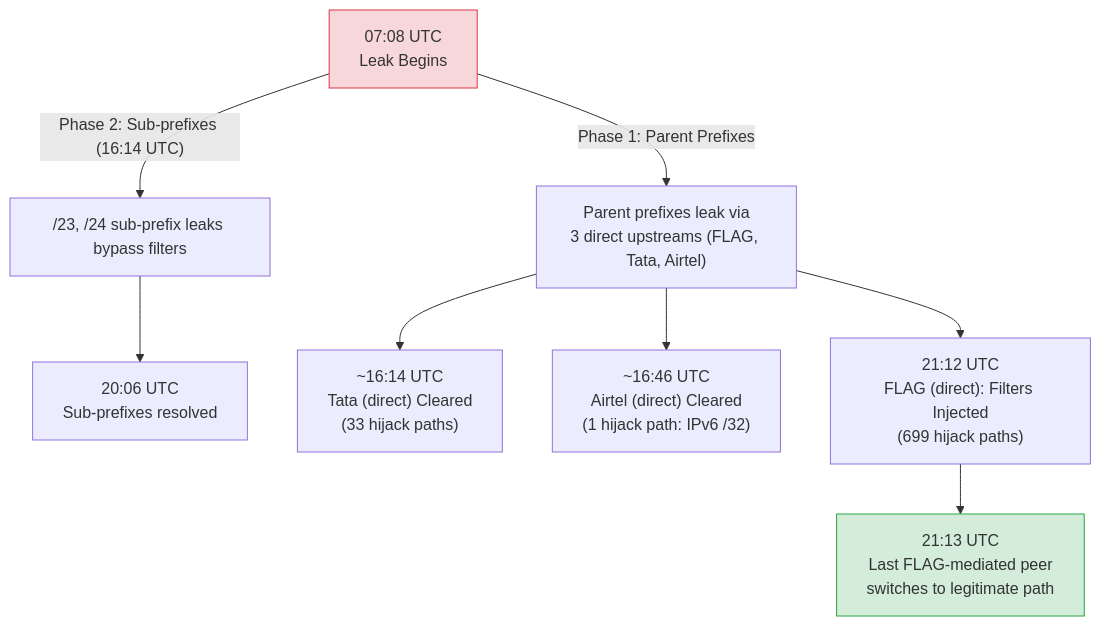
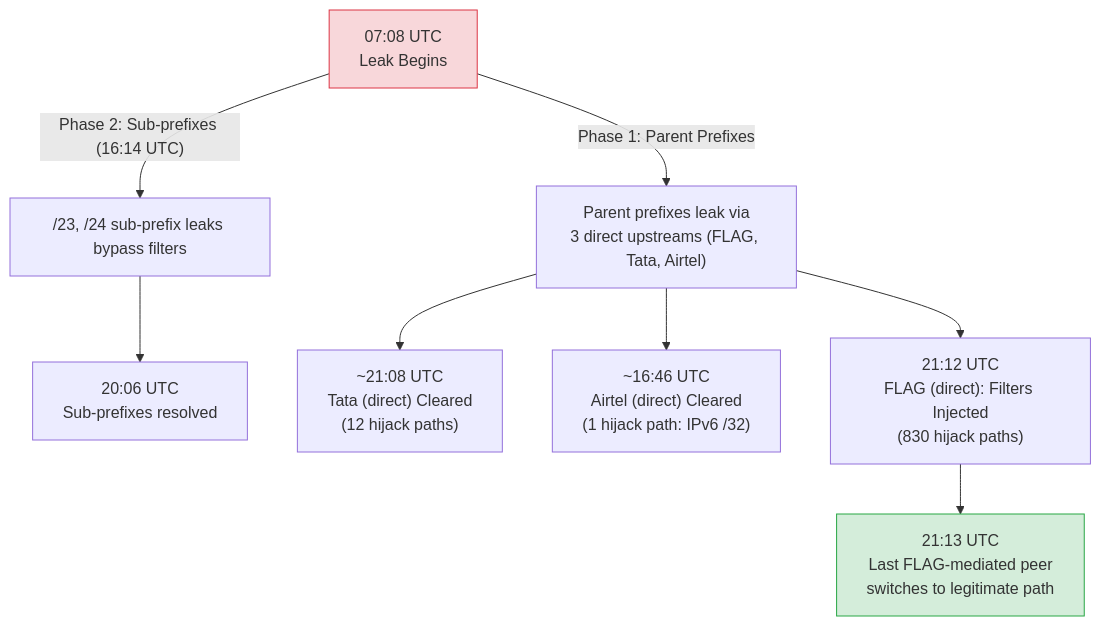
One commit to the-solipsist/telegram-bgp-hijack-analysis changed the third of 3 diagrams in README.md. Above: the diagram before and after it, drawn with Mermaid. The commit also changed other lines of this file and 6 other files, not shown here.

````diff
--- a/README.md
+++ b/README.md
@@ -249,17 +250,17 @@
 ```mermaid
 flowchart TD
     Start["07:08 UTC<br/>Leak Begins"]
 
     Start -->|"Phase 1: Parent Prefixes"| P1["Parent prefixes leak via<br/>3 direct upstreams (FLAG, Tata, Airtel)"]
 
     Start -->|"Phase 2: Sub-prefixes (16:14 UTC)"| P2["/23, /24 sub-prefix leaks bypass filters"]
     P2 --> SubRes["20:06 UTC<br/>Sub-prefixes resolved"]
 
-    P1 --> Tata["~16:14 UTC<br/>Tata (direct) Cleared<br/>(33 hijack paths)"]
+    P1 --> Tata["~21:08 UTC<br/>Tata (direct) Cleared<br/>(12 hijack paths)"]
     P1 --> Airtel["~16:46 UTC<br/>Airtel (direct) Cleared<br/>(1 hijack path: IPv6 /32)"]
-    P1 --> FLAG["21:12 UTC<br/>FLAG (direct): Filters Injected<br/>(699 hijack paths)"]
+    P1 --> FLAG["21:12 UTC<br/>FLAG (direct): Filters Injected<br/>(830 hijack paths)"]
     FLAG --> Resolved["21:13 UTC<br/>Last FLAG-mediated peer<br/>switches to legitimate path"]
 
     style Start fill:#f8d7da,stroke:#dc3545
     style Resolved fill:#d4edda,stroke:#28a745
 ```
````
